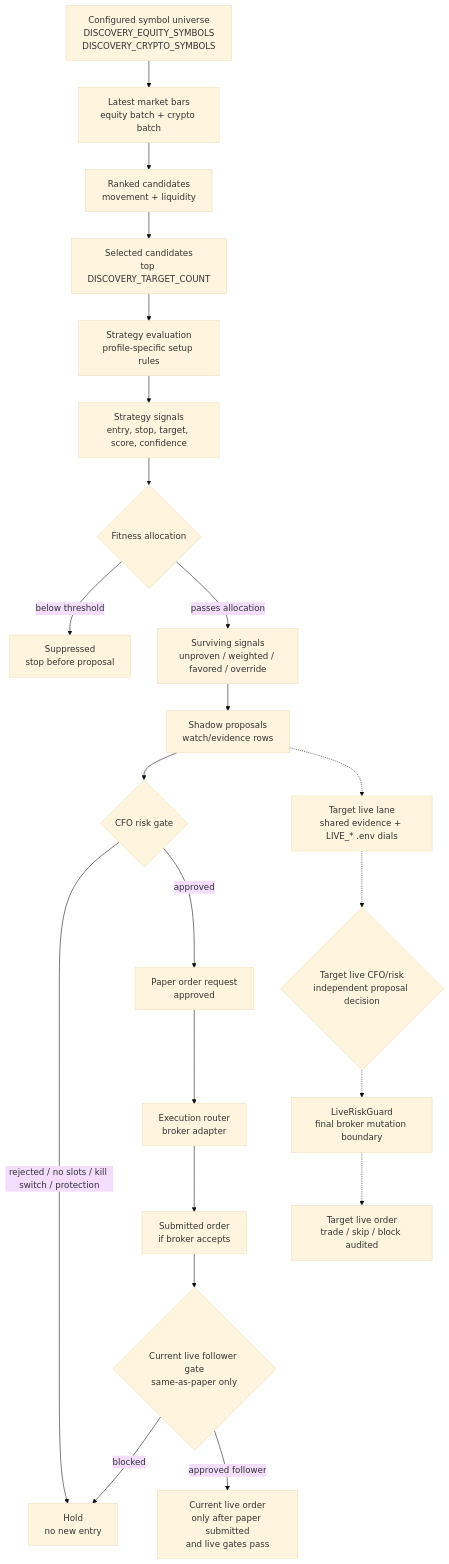
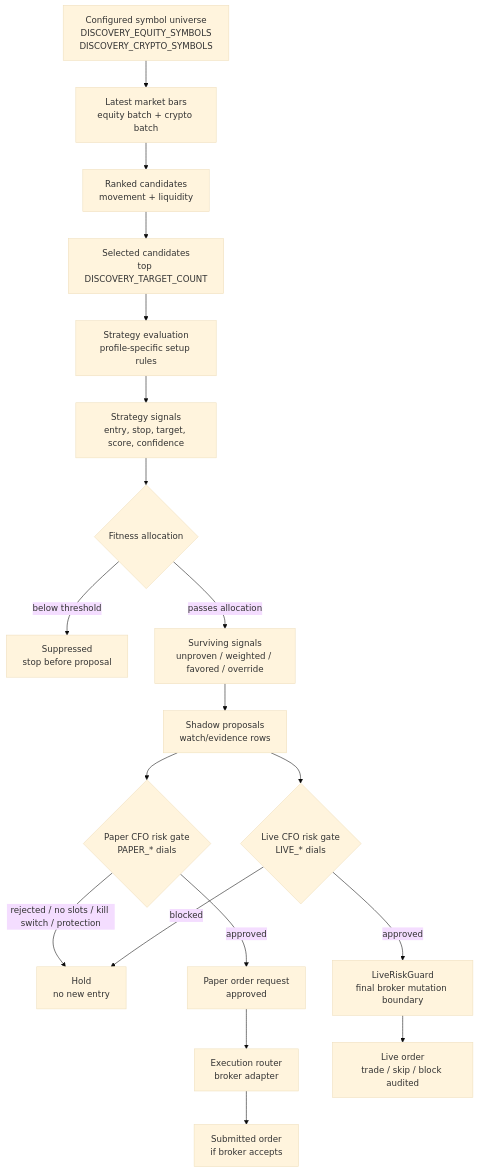
One commit to ghostfrog-ltd/centaur changed the diagram in docs/visuals/entry_decision_funnel.mmd. Above: the diagram before and after it, drawn with Mermaid (base theme). The commit also changed 198 other files, not shown here.

```diff
--- a/docs/visuals/entry_decision_funnel.mmd
+++ b/docs/visuals/entry_decision_funnel.mmd
@@ -1,44 +1,38 @@
 flowchart TD
   universe["Configured symbol universe<br/>DISCOVERY_EQUITY_SYMBOLS<br/>DISCOVERY_CRYPTO_SYMBOLS"]
   bars["Latest market bars<br/>equity batch + crypto batch"]
   candidates["Ranked candidates<br/>movement + liquidity"]
   selected["Selected candidates<br/>top DISCOVERY_TARGET_COUNT"]
   strategies["Strategy evaluation<br/>profile-specific setup rules"]
   signals["Strategy signals<br/>entry, stop, target, score, confidence"]
   fitness{"Fitness allocation"}
   suppressed["Suppressed<br/>stop before proposal"]
   surviving["Surviving signals<br/>unproven / weighted / favored / override"]
   proposals["Shadow proposals<br/>watch/evidence rows"]
-  cfo{"CFO risk gate"}
+  cfo{"Paper CFO risk gate<br/>PAPER_* dials"}
   hold["Hold<br/>no new entry"]
   paper["Paper order request<br/>approved"]
   execution["Execution router<br/>broker adapter"]
   order["Submitted order<br/>if broker accepts"]
-  live{"Current live follower gate<br/>same-as-paper only"}
-  live_order["Current live order<br/>only after paper submitted<br/>and live gates pass"]
-  target["Target live lane<br/>shared evidence + LIVE_* .env dials"]
-  live_cfo{"Target live CFO/risk<br/>independent proposal decision"}
+  live_cfo{"Live CFO risk gate<br/>LIVE_* dials"}
   live_guard["LiveRiskGuard<br/>final broker mutation boundary"]
-  target_order["Target live order<br/>trade / skip / block audited"]
+  live_order["Live order<br/>trade / skip / block audited"]
 
   universe --> bars
   bars --> candidates
   candidates --> selected
   selected --> strategies
   strategies --> signals
   signals --> fitness
   fitness -->|below threshold| suppressed
   fitness -->|passes allocation| surviving
   surviving --> proposals
   proposals --> cfo
   cfo -->|rejected / no slots / kill switch / protection| hold
   cfo -->|approved| paper
   paper --> execution
   execution --> order
-  order --> live
-  live -->|blocked| hold
-  live -->|approved follower| live_order
-  proposals -.-> target
-  target -.-> live_cfo
-  live_cfo -.-> live_guard
-  live_guard -.-> target_order
+  proposals --> live_cfo
+  live_cfo -->|blocked| hold
+  live_cfo -->|approved| live_guard
+  live_guard --> live_order
```
